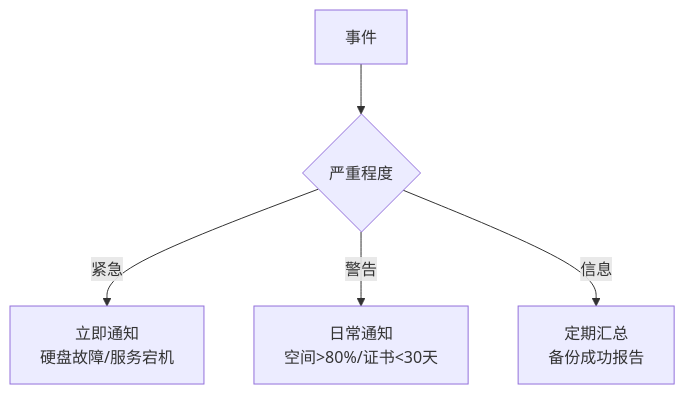
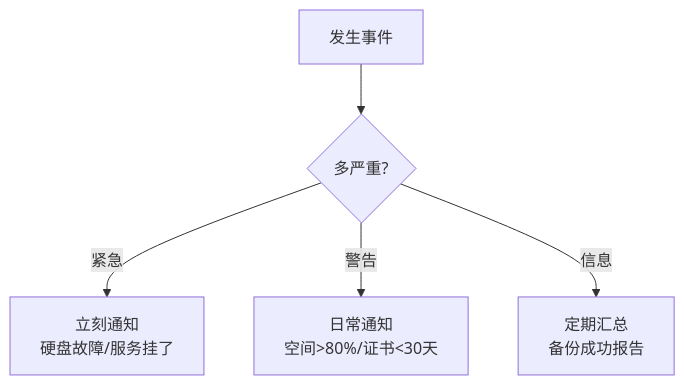
Before and after one commit to cv-superding/nas-guide: the diagram in docs/08-进阶主题/8.5-监控与告警.md, drawn with Mermaid. The commit also changed other lines of this file and 4 other files, not shown here.

````diff
--- a/docs/08-进阶主题/8.5-监控与告警.md
+++ b/docs/08-进阶主题/8.5-监控与告警.md
@@ -62,7 +47,7 @@
 ```mermaid
 flowchart TD
-    A[事件] --> B{严重程度}
-    B -->|紧急| C[立即通知<br/>硬盘故障/服务宕机]
+    A[发生事件] --> B{多严重?}
+    B -->|紧急| C[立刻通知<br/>硬盘故障/服务挂了]
     B -->|警告| D[日常通知<br/>空间>80%/证书<30天]
     B -->|信息| E[定期汇总<br/>备份成功报告]
 ```
````
